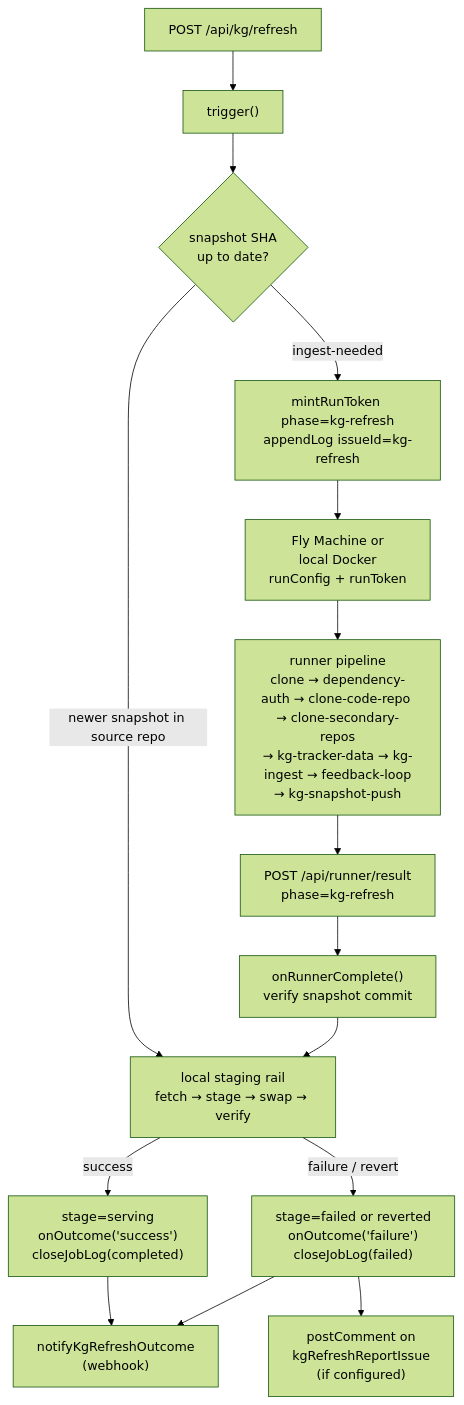
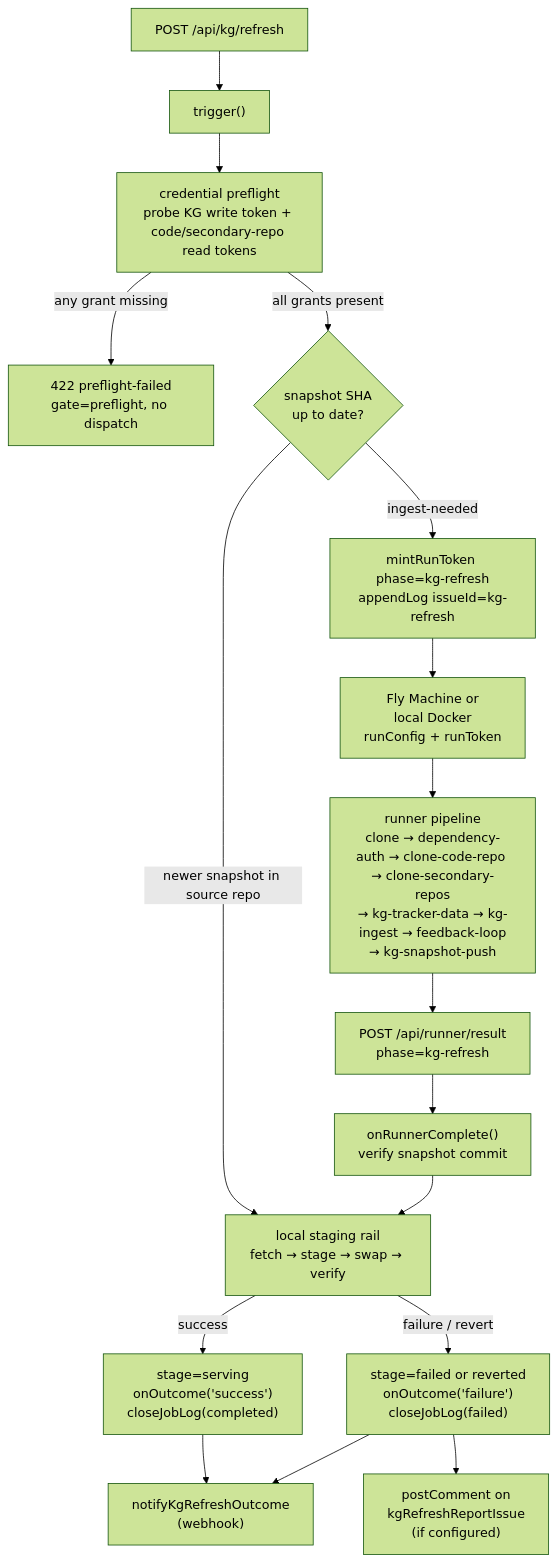
The diagram in docs/issueless-runs.md (BuildDownAI/AI-Implement), drawn with Mermaid (forest theme) before and after one commit. The commit also changed other lines of this file and 6 other files, not shown here.

Commit message:
AII-585: kg-refresh credential preflight: mint the run's tokens and read each repo before dispatch; expose it in get_ten

````diff
--- a/docs/issueless-runs.md
+++ b/docs/issueless-runs.md
@@ -25,17 +25,19 @@
 ```mermaid
 flowchart TD
     A["POST /api/kg/refresh"] --> B["trigger()"]
-    B --> C{"snapshot SHA\nup to date?"}
+    B --> PF["credential preflight\nprobe KG write token + code/secondary-repo read tokens"]
+    PF -->|"any grant missing"| PFF["422 preflight-failed\ngate=preflight, no dispatch"]
+    PF -->|"all grants present"| C{"snapshot SHA\nup to date?"}
     C -->|"newer snapshot in source repo"| H["local staging rail\nfetch → stage → swap → verify"]
     C -->|"ingest-needed"| D["mintRunToken phase=kg-refresh\nappendLog issueId=kg-refresh"]
     D --> E["Fly Machine or\nlocal Docker\nrunConfig + runToken"]
     E --> F["runner pipeline\nclone → dependency-auth → clone-code-repo → clone-secondary-repos\n→ kg-tracker-data → kg-ingest → feedback-loop\n→ kg-snapshot-push"]
     F --> G["POST /api/runner/result\nphase=kg-refresh"]
     G --> I["onRunnerComplete()\nverify snapshot commit"]
     I --> H
     H -->|"success"| J["stage=serving\nonOutcome('success')\ncloseJobLog(completed)"]
     H -->|"failure / revert"| K["stage=failed or reverted\nonOutcome('failure')\ncloseJobLog(failed)"]
     J --> L["notifyKgRefreshOutcome\n(webhook)"]
     K --> L
     K --> M["postComment on\nkgRefreshReportIssue\n(if configured)"]
 ```
````
